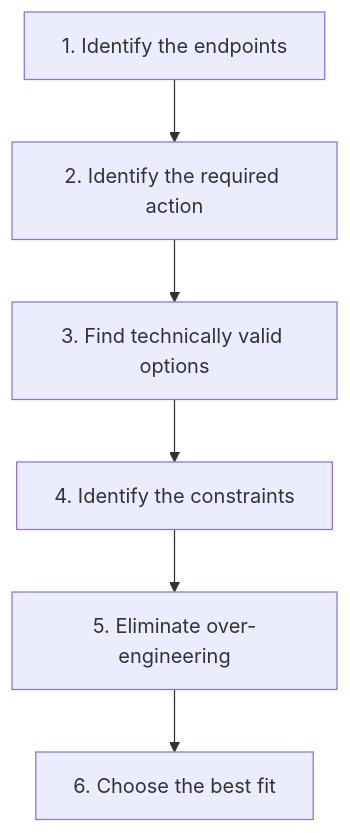
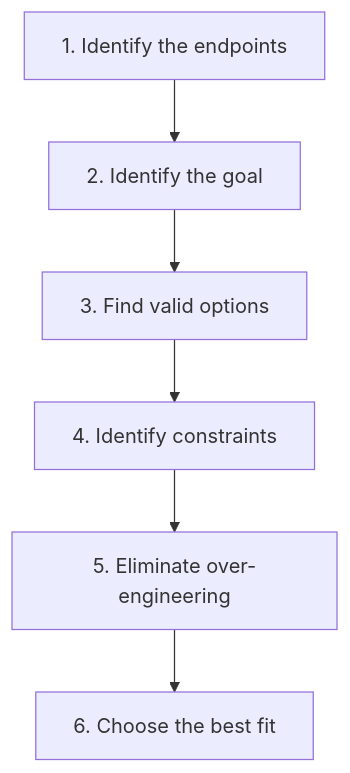
The fourth of 4 diagrams in review/04-networking.md (zhyordanova/azure-fundamentals-handbook), drawn with Mermaid before and after one commit. The commit also changed other lines of this file and 3 other files, not shown here.

Commit message:
refactor: streamline networking review and reduce diagram duplication

````diff
--- a/review/04-networking.md
+++ b/review/04-networking.md
@@ -304,16 +251,16 @@
 ```mermaid
 flowchart TD
 
     A["1. Identify the endpoints"]
-    B["2. Identify the required action"]
-    C["3. Find technically valid options"]
-    D["4. Identify the constraints"]
+    B["2. Identify the goal"]
+    C["3. Find valid options"]
+    D["4. Identify constraints"]
     E["5. Eliminate over-engineering"]
     F["6. Choose the best fit"]
 
     A --> B
     B --> C
     C --> D
     D --> E
     E --> F
 ```
````
